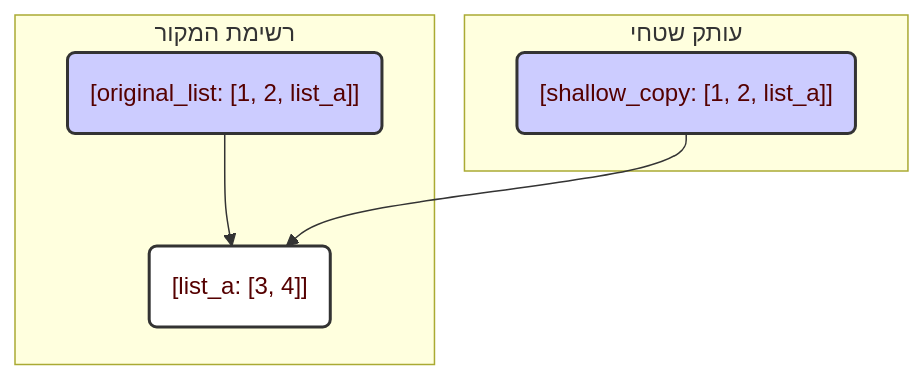
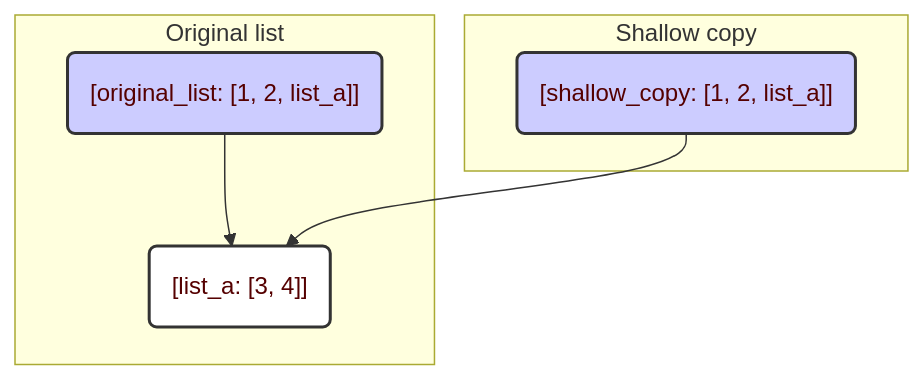
One commit to hypo69/1001-python-he changed the first of 2 diagrams in cheatsheets/copy.md. Above: the diagram before and after it, drawn with Mermaid. The commit also changed other lines of this file and 869 other files, not shown here.

````diff
--- a/cheatsheets/copy.md
+++ b/cheatsheets/copy.md
@@ -71,16 +71,16 @@
 ```mermaid
 graph TD
-    subgraph רשימת המקור
+    subgraph Original list
         originalList("[original_list: [1, 2, list_a]]")
         list_a("[list_a: [3, 4]]")
         originalList --> list_a
     end
-    subgraph עותק שטחי
+    subgraph Shallow copy
         shallowCopy("[shallow_copy: [1, 2, list_a]]")
         shallowCopy --> list_a
     end
 
     style originalList fill:#ccf,stroke:#333,stroke-width:2px,color:#550000
     style shallowCopy fill:#ccf,stroke:#333,stroke-width:2px,color:#550000
     style list_a fill:#fff,stroke:#333,stroke-width:2px,color:#550000
 ```
````
